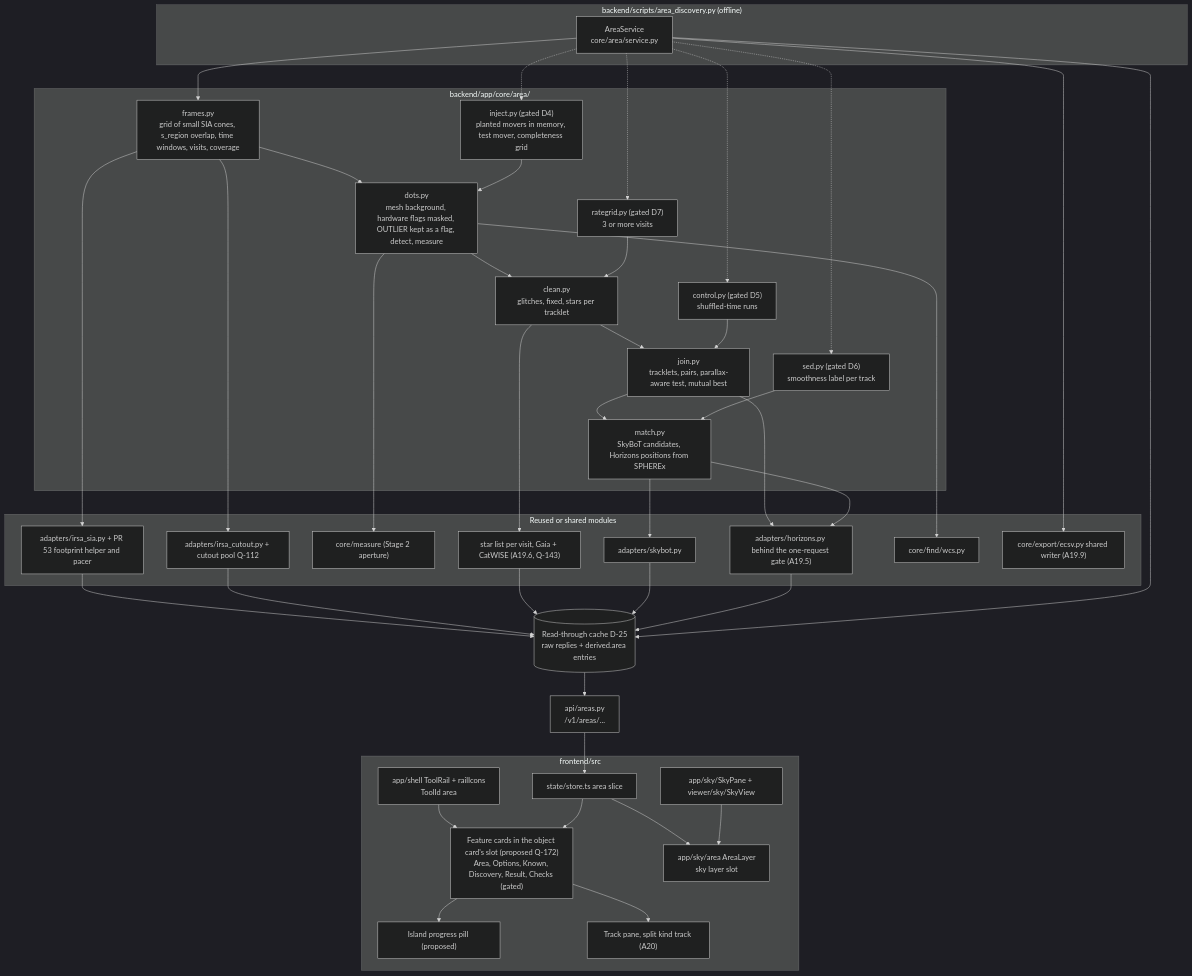
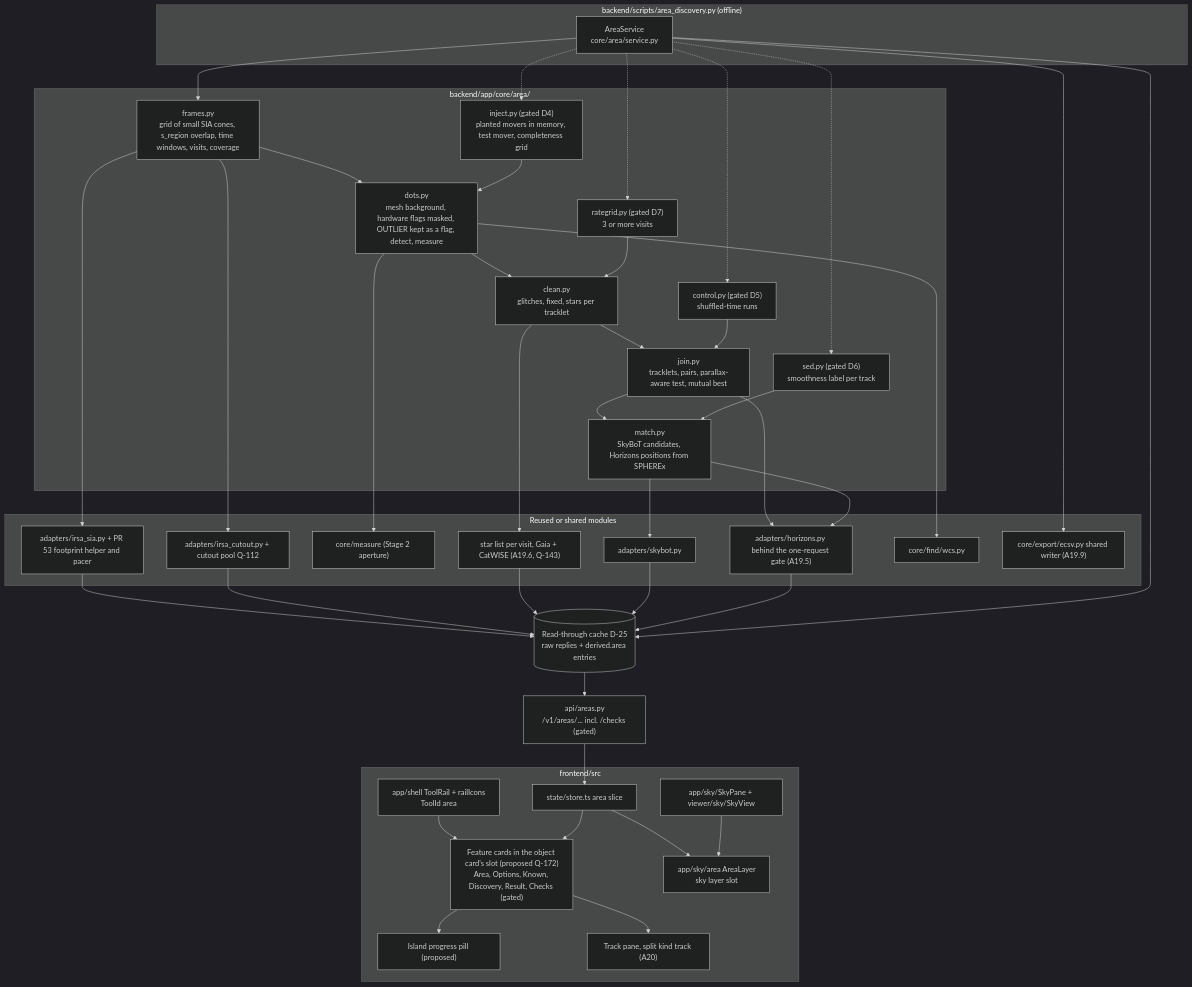
One commit to 0ffrian/SphereX changed the first of 3 diagrams in docs/uml/22-area-search.md. Above: the diagram before and after it, drawn with Mermaid (dark theme). The commit also changed 19 other files, not shown here.

````diff
--- a/docs/uml/22-area-search.md
+++ b/docs/uml/22-area-search.md
@@ -7,70 +7,70 @@
 ```mermaid
 flowchart TB
   subgraph Script["backend/scripts/area_discovery.py (offline)"]
     SVC["AreaService<br/>core/area/service.py"]
   end
   subgraph Core["backend/app/core/area/"]
     FRM["frames.py<br/>grid of small SIA cones, s_region overlap, time windows, visits, coverage"]
     DOT["dots.py<br/>mesh background, hardware flags masked, OUTLIER kept as a flag, detect, measure"]
     CLN["clean.py<br/>glitches, fixed, stars per tracklet"]
     JON["join.py<br/>tracklets, pairs, parallax-aware test, mutual best"]
     MAT["match.py<br/>SkyBoT candidates, Horizons positions from SPHEREx"]
     INJ["inject.py (gated D4)<br/>planted movers in memory, test mover, completeness grid"]
     CTL["control.py (gated D5)<br/>shuffled-time runs"]
     SED["sed.py (gated D6)<br/>smoothness label per track"]
     RGL["rategrid.py (gated D7)<br/>3 or more visits"]
   end
   subgraph Reused["Reused or shared modules"]
     SIA["adapters/irsa_sia.py + PR 53 footprint helper and pacer"]
     CUT["adapters/irsa_cutout.py + cutout pool Q-112"]
     MEAS["core/measure (Stage 2 aperture)"]
     STAR["star list per visit, Gaia + CatWISE (A19.6, Q-143)"]
     SKB["adapters/skybot.py"]
     HOR["adapters/horizons.py behind the one-request gate (A19.5)"]
     WCS["core/find/wcs.py"]
     ECSV["core/export/ecsv.py shared writer (A19.9)"]
   end
   CACHE[("Read-through cache D-25<br/>raw replies + derived.area entries")]
-  API["api/areas.py<br/>/v1/areas/..."]
+  API["api/areas.py<br/>/v1/areas/... incl. /checks (gated)"]
   subgraph FE["frontend/src"]
     RAIL["app/shell ToolRail + railIcons<br/>ToolId area"]
     CARDS["Feature cards in the object card's slot (proposed Q-172)<br/>Area, Options, Known, Discovery, Result, Checks (gated)"]
     ISL["Island progress pill (proposed)"]
     LAYER["app/sky/area AreaLayer<br/>sky layer slot"]
     STORE["state/store.ts area slice"]
     TRK["Track pane, split kind track (A20)"]
     SKY["app/sky/SkyPane + viewer/sky/SkyView"]
   end
   SVC --> FRM --> DOT --> CLN --> JON --> MAT
   SVC --> ECSV
   SVC -.-> INJ
   SVC -.-> CTL
   SVC -.-> SED
   SVC -.-> RGL
   INJ --> DOT
   CTL --> JON
   RGL --> CLN
   SED --> MAT
   FRM --> SIA
   FRM --> CUT
   DOT --> WCS
   DOT --> MEAS
   CLN --> STAR
   JON --> HOR
   MAT --> SKB
   MAT --> HOR
   SIA --> CACHE
   CUT --> CACHE
   STAR --> CACHE
   SKB --> CACHE
   HOR --> CACHE
   SVC --> CACHE
   CACHE --> API
   API --> STORE
   RAIL --> CARDS
   STORE --> CARDS
   CARDS --> ISL
   STORE --> LAYER
   SKY --> LAYER
   CARDS --> TRK
 ```
````
